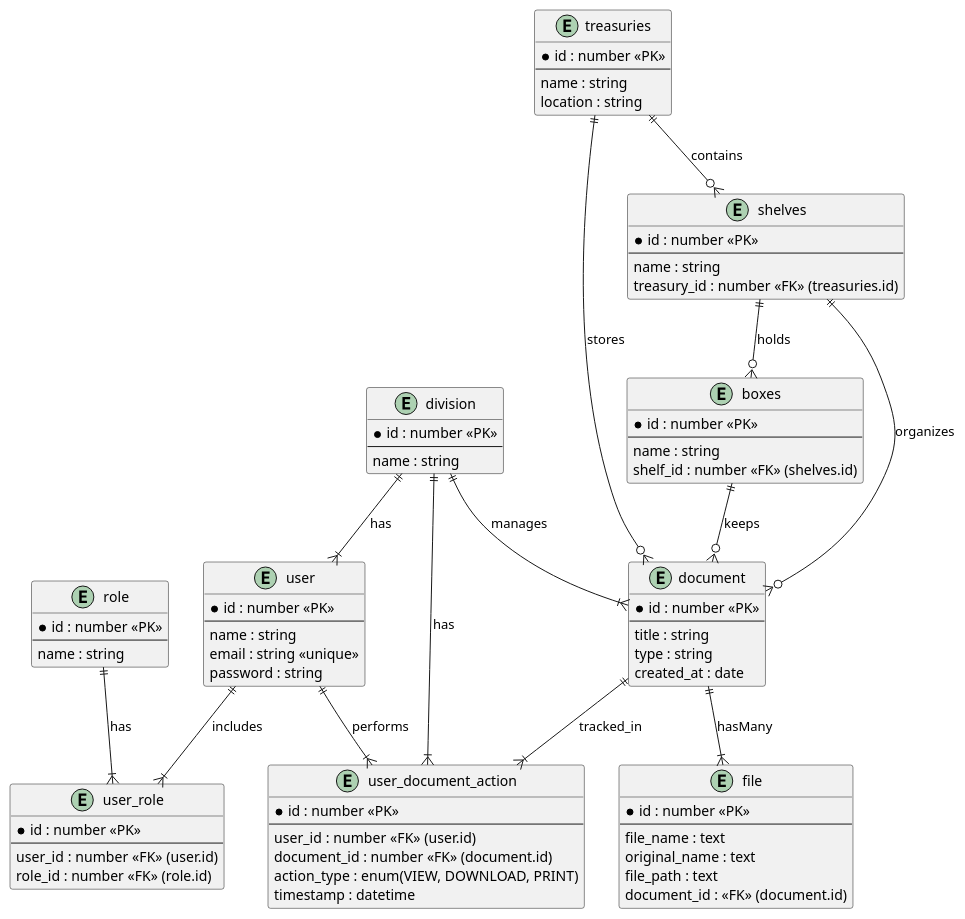
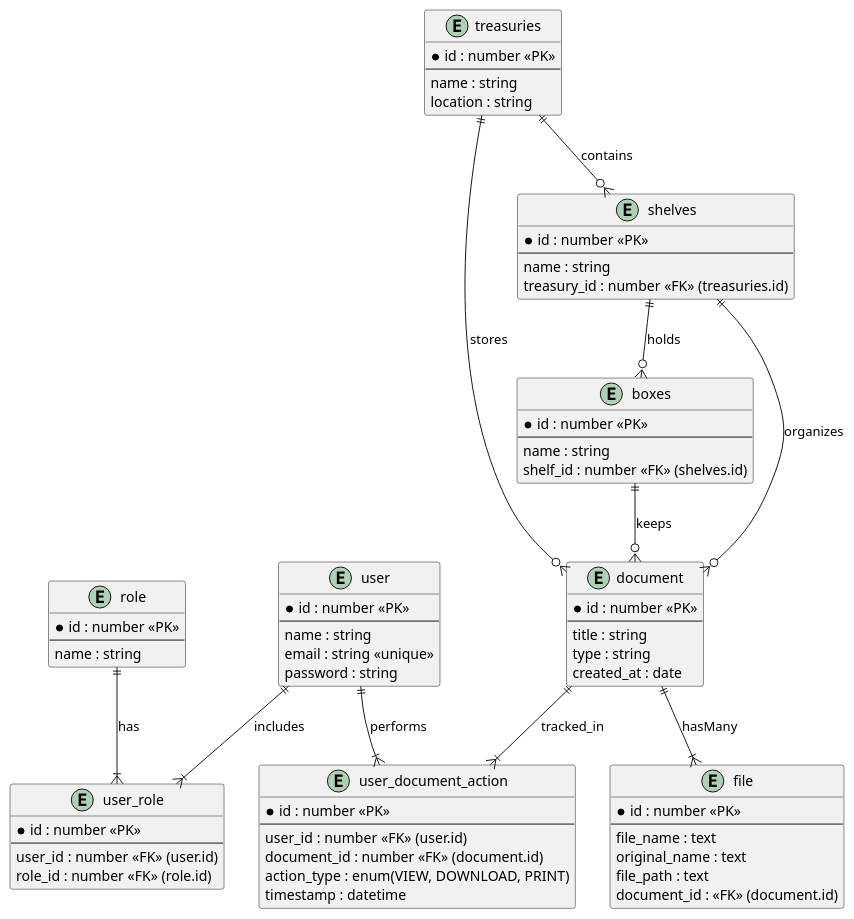
One commit to elongit/InternshipProject changed the diagram in document_managment.plantuml. Above: the diagram before and after it, drawn with PlantUML. The commit also changed 39 other files, not shown here.

```diff
--- a/document_managment.plantuml
+++ b/document_managment.plantuml
@@ -2,102 +2,84 @@
 @startuml Document Management System
 ' skinparam linetype ortho
 entity user {
     *id : number <<PK>>
     --
     name : string
     email : string <<unique>>
     password : string
 }
 
 entity role {
     *id : number <<PK>>
     --
     name : string
 }
 
 entity user_role {
     *id : number <<PK>>
     --
     user_id : number <<FK>> (user.id)
     role_id : number <<FK>> (role.id)
 }
 
-entity division {
-    *id : number <<PK>>
-    --
-    name : string
-}
-
 entity document {
     *id : number <<PK>>
     --
     title : string
     type : string
     created_at : date
 }
 
 entity file {
     *id : number <<PK>>
     --
     file_name : text
     original_name : text
     file_path : text
     document_id : <<FK>> (document.id)
-}
-
-
-
-
-
-entity user_document_action {
-    *id : number <<PK>>
-    --
-    user_id : number <<FK>> (user.id)
-    document_id : number <<FK>> (document.id)
-    action_type : enum(VIEW, DOWNLOAD, PRINT)
-    timestamp : datetime
 }
 
 entity treasuries {
     *id : number <<PK>>
     --
     name : string
     location : string
 }
 
 entity shelves {
     *id : number <<PK>>
     --
     name : string
     treasury_id : number <<FK>> (treasuries.id)
 }
 
 entity boxes {
     *id : number <<PK>>
     --
     name : string
     shelf_id : number <<FK>> (shelves.id)
 }
 
+entity user_document_action {
+    *id : number <<PK>>
+    --
+    user_id : number <<FK>> (user.id)
+    document_id : number <<FK>> (document.id)
+    action_type : enum(VIEW, DOWNLOAD, PRINT)
+    timestamp : datetime
+}
+
 user ||--|{ user_role : includes
 role ||--|{ user_role : has
 
-division ||--|{ user : has
-division ||--|{ document : manages
-
 treasuries ||--o{ shelves : contains
 shelves ||--o{ boxes : holds
-
 treasuries ||--o{ document : stores
 shelves ||--o{ document : organizes
 boxes ||--o{ document : keeps
 
-
-division ||--|{ user_document_action : has
 user ||--|{ user_document_action : performs
 document ||--|{ user_document_action : tracked_in
-
 document ||--|{ file : hasMany
 
-
 @enduml
```
